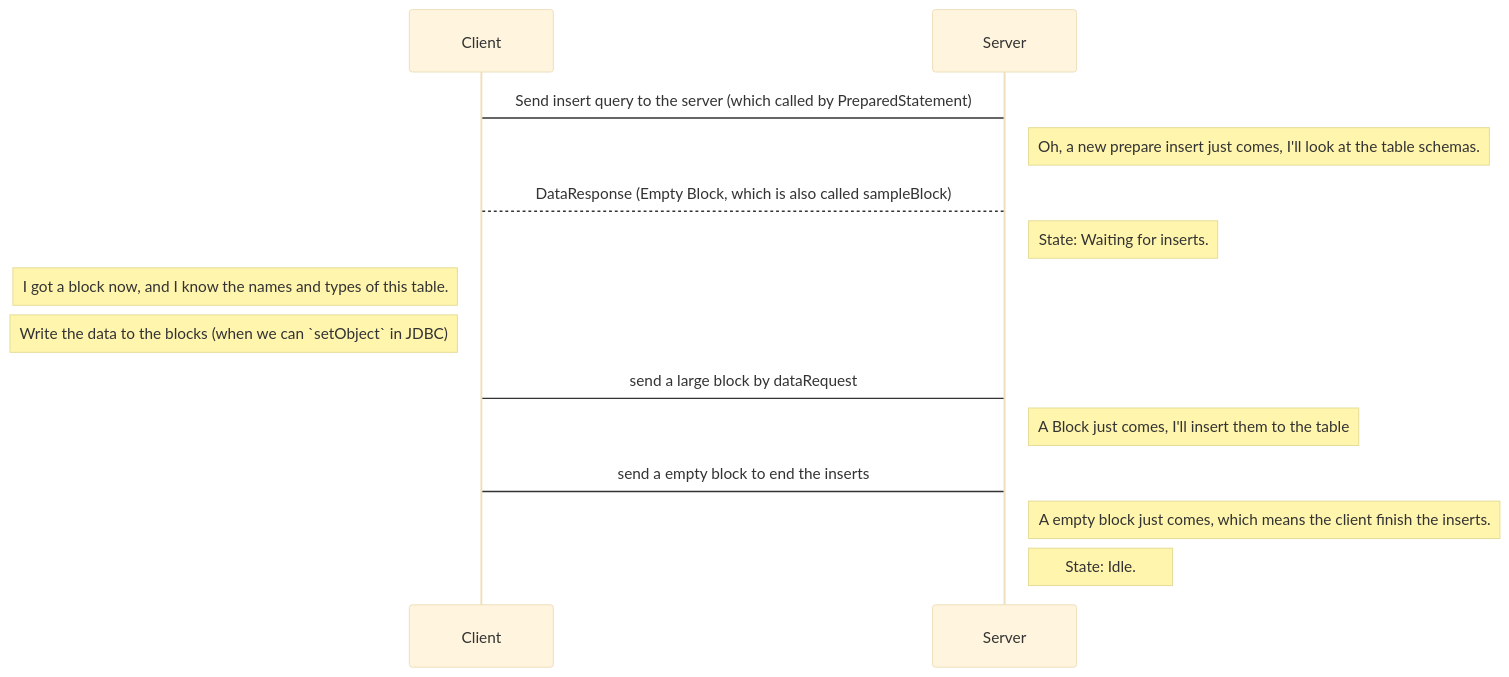
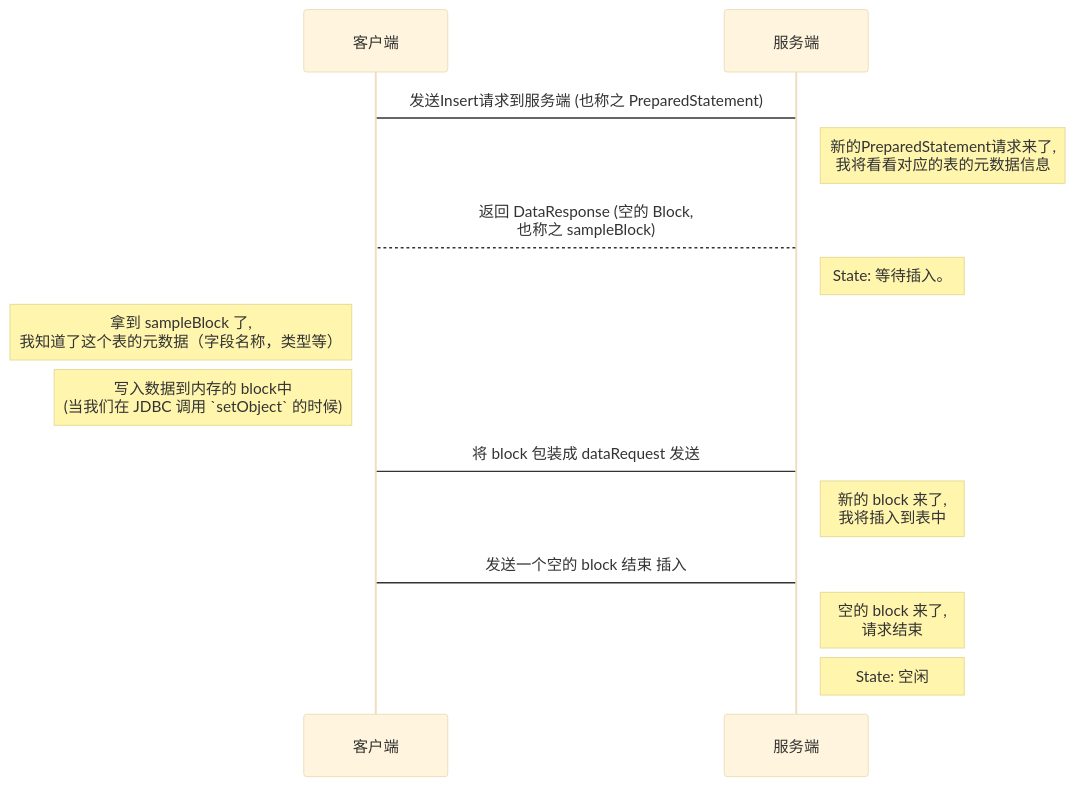
One commit to housepower/ClickHouse-Native-JDBC changed the third of 3 diagrams in docs/zh/deep-dive/native_protocol.md. Above: the diagram before and after it, drawn with Mermaid (base theme). The commit also changed other lines of this file, not shown here.

````diff
--- a/docs/zh/deep-dive/native_protocol.md
+++ b/docs/zh/deep-dive/native_protocol.md
@@ -39,14 +40,14 @@
 ```mermaid
 sequenceDiagram
-Client -> Server: Send insert query to the server (which called by PreparedStatement)
-Note right of Server: Oh, a new prepare insert just comes, I'll look at the table schemas.
-Server --> Client: DataResponse (Empty Block, which is also called sampleBlock)
-Note right of Server: State: Waiting for inserts.
-Note left of Client: I got a block now, and I know the names and types of this table.
-Note left of Client: Write the data to the blocks (when we can `setObject` in JDBC)
-Client -> Server: send a large block by dataRequest
-Note right of Server: A Block just comes, I'll insert them to the table
-Client -> Server: send a empty block to end the inserts
-Note right of Server: A empty block just comes, which means the client finish the inserts.
-Note right of Server: State: Idle.
+客户端 -> 服务端: 发送Insert请求到服务端 (也称之 PreparedStatement)
+Note right of 服务端: 新的PreparedStatement请求来了,<br/>我将看看对应的表的元数据信息
+服务端 --> 客户端: 返回 DataResponse (空的 Block, <br/> 也称之 sampleBlock)
+Note right of 服务端: State: 等待插入。
+Note left of 客户端: 拿到 sampleBlock 了, <br/> 我知道了这个表的元数据（字段名称，类型等）
+Note left of 客户端: 写入数据到内存的 block中 <br/> (当我们在 JDBC 调用 `setObject` 的时候)
+客户端 -> 服务端: 将 block 包装成 dataRequest 发送
+Note right of 服务端: 新的 block 来了,  <br/> 我将插入到表中
+客户端 -> 服务端: 发送一个空的 block 结束 插入
+Note right of 服务端: 空的 block 来了,  <br/> 请求结束
+Note right of 服务端: State: 空闲
 ```
````
